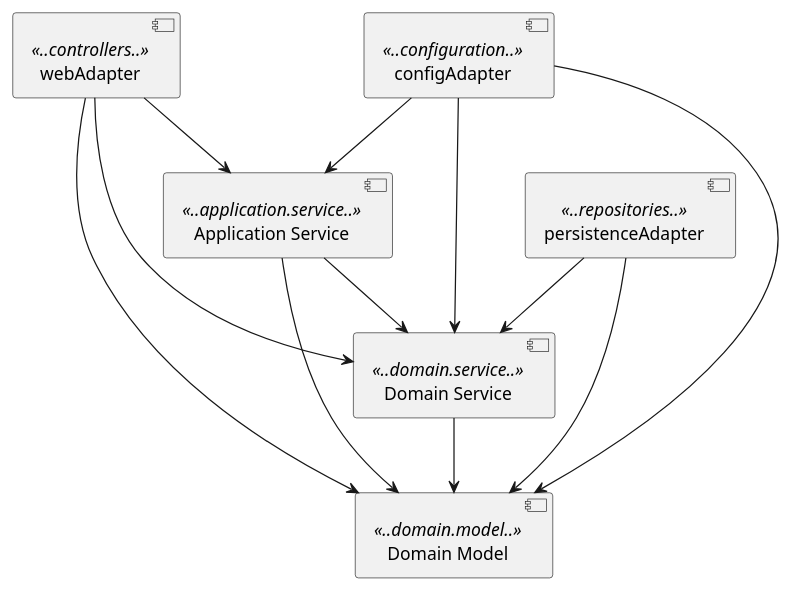
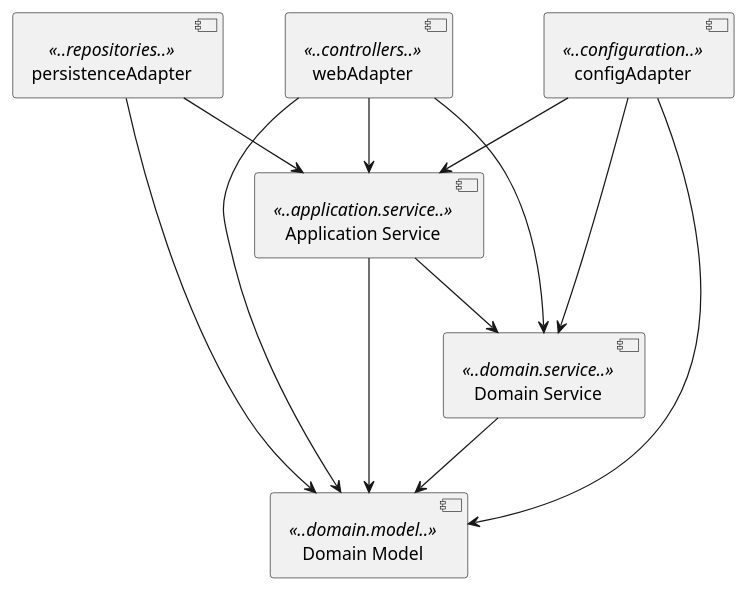
The diagram in src/main/resources/architecture.puml (DanielScheffler/ExamByte), drawn with PlantUML before and after one commit. The commit also changed 3 other files, not shown here.

Commit message:
move WochenTestRepository interface into application service package

```diff
--- a/src/main/resources/architecture.puml
+++ b/src/main/resources/architecture.puml
@@ -1,22 +1,22 @@
 @startuml
 'https://plantuml.com/class-diagram
 [Domain Model] <<..domain.model..>>
 [Domain Service] <<..domain.service..>>
 [Application Service] <<..application.service..>>
 [webAdapter] <<..controllers..>>
 [persistenceAdapter] <<..repositories..>>
 [configAdapter] <<..configuration..>>
 
 [webAdapter] --> [Application Service]
 [webAdapter] --> [Domain Model]
 [webAdapter] --> [Domain Service]
-[persistenceAdapter] --> [Domain Service]
+[persistenceAdapter] --> [Application Service]
 [persistenceAdapter] --> [Domain Model]
 [configAdapter] --> [Application Service]
 [configAdapter] --> [Domain Service]
 [configAdapter] --> [Domain Model]
 [Domain Service] --> [Domain Model]
 [Application Service] --> [Domain Service]
 [Application Service] --> [Domain Model]
 
 @enduml
```
